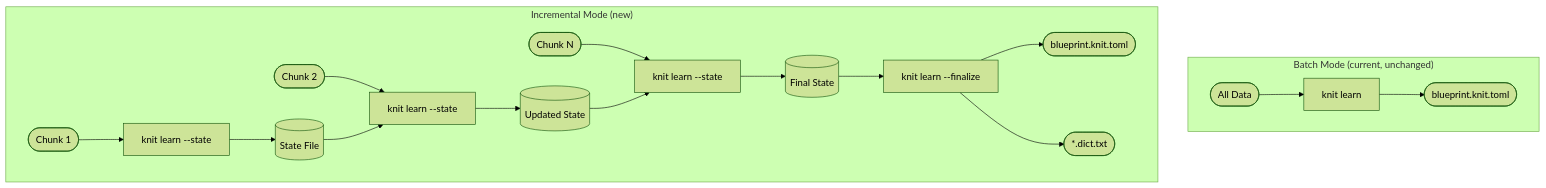
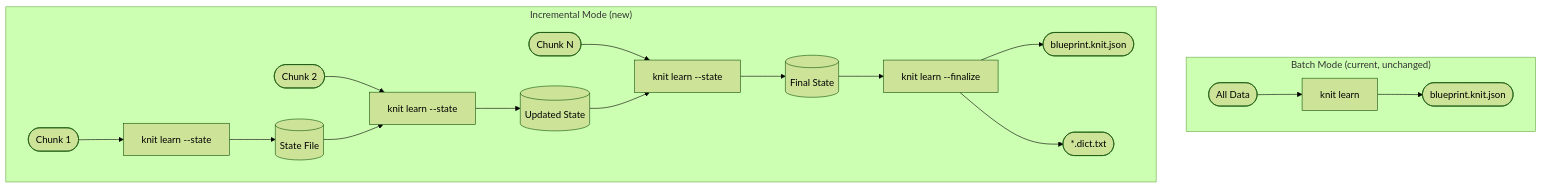
One commit to Yaming-Hub/knit changed the first of 4 diagrams in docs/design-incremental-learn.md. Above: the diagram before and after it, drawn with Mermaid (forest theme). The commit also changed other lines of this file and 2864 other files, not shown here.

First line of the commit message:
feat: migrate blueprints from TOML to JSON format (#378)

````diff
--- a/docs/design-incremental-learn.md
+++ b/docs/design-incremental-learn.md
@@ -50,21 +50,21 @@
 ```mermaid
 flowchart TB
     subgraph batch["Batch Mode (current, unchanged)"]
         data1([All Data]) --> learn1[knit learn]
-        learn1 --> blueprint1([blueprint.knit.toml])
+        learn1 --> blueprint1([blueprint.knit.json])
     end
 
     subgraph incremental["Incremental Mode (new)"]
         chunk1([Chunk 1]) --> update1[knit learn --state]
         update1 --> state1[(State File)]
         chunk2([Chunk 2]) --> update2[knit learn --state]
         state1 --> update2
         update2 --> state2[(Updated State)]
         chunkN([Chunk N]) --> updateN[knit learn --state]
         state2 --> updateN
         updateN --> stateN[(Final State)]
         stateN --> finalize[knit learn --finalize]
-        finalize --> blueprint2([blueprint.knit.toml])
+        finalize --> blueprint2([blueprint.knit.json])
         finalize --> dicts([*.dict.txt])
     end
 ```
````
